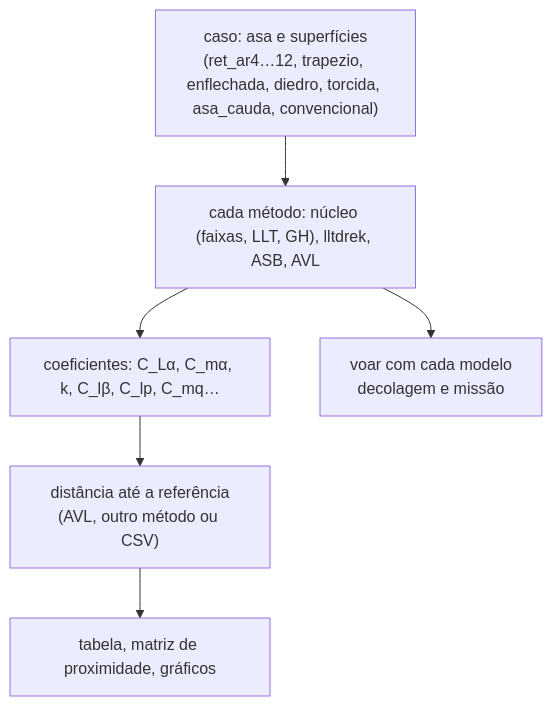
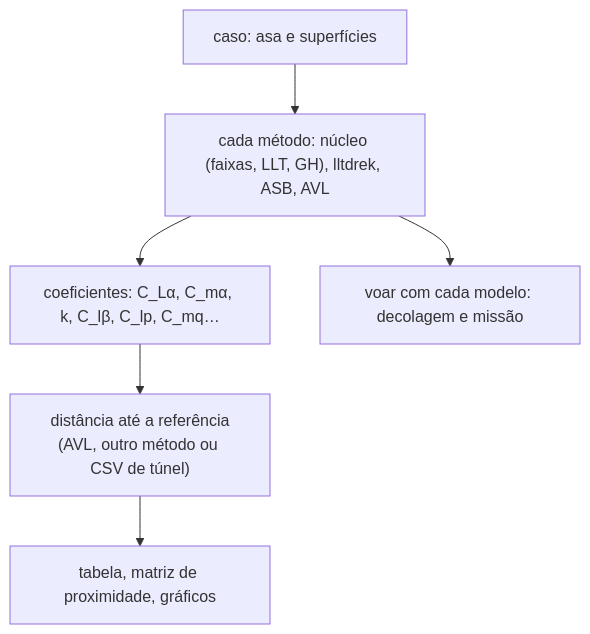
One commit to vitordallolivo/AircraftSimulation changed the diagram in tools/aero/README.md. Above: the diagram before and after it, drawn with Mermaid. The commit also changed other lines of this file and 4 other files, not shown here.

First line of the commit message:
README do design, manager, cargas, otimização e perfis de teste corridos como livro, com a saída de cada exemplo

````diff
--- a/tools/aero/README.md
+++ b/tools/aero/README.md
@@ -17,8 +11,8 @@
 ```mermaid
 flowchart TB
-    CASO["caso: asa e superfícies<br/>(ret_ar4…12, trapezio, enflechada, diedro, torcida, asa_cauda, convencional)"] --> MET
-    MET["cada método: núcleo (faixas, LLT, GH), lltdrek, ASB, AVL"] --> COEF["coeficientes: C_Lα, C_mα, k, C_lβ, C_lp, C_mq…"]
-    COEF --> DIST["distância até a referência<br/>(AVL, outro método ou CSV)"]
+    CASO["caso: asa e superfícies"] --> MET["cada método: núcleo (faixas, LLT, GH), lltdrek, ASB, AVL"]
+    MET --> COEF["coeficientes: C_Lα, C_mα, k, C_lβ, C_lp, C_mq…"]
+    COEF --> DIST["distância até a referência<br/>(AVL, outro método ou CSV de túnel)"]
     DIST --> TAB["tabela, matriz de proximidade, gráficos"]
-    MET --> VOO["voar com cada modelo<br/>decolagem e missão"]
+    MET --> VOO["voar com cada modelo: decolagem e missão"]
 ```
````
